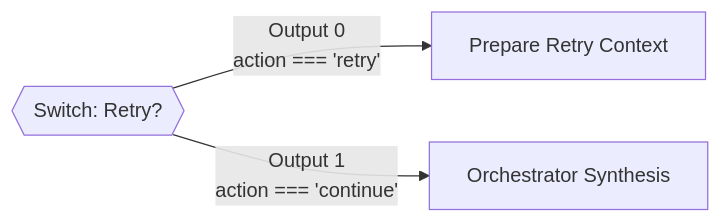
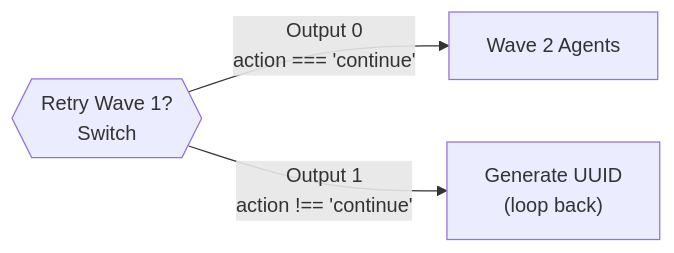
Diagram 11 of 17 in WORKFLOW-DIAGRAM.md (damianstetsonair/sales-n8n-ia), drawn with Mermaid before and after one commit. The commit also changed other lines of this file and 8 other files, not shown here.

Commit message:
update flows based in parallel workflow

````diff
--- a/WORKFLOW-DIAGRAM.md
+++ b/WORKFLOW-DIAGRAM.md
@@ -711,7 +712,7 @@
 ```mermaid
 flowchart LR
-    SW{{"Switch: Retry?"}}
+    SW{{"Retry Wave 1?<br/>Switch"}}
 
-    SW -->|"Output 0<br/>action === 'retry'"| RETRY["Prepare Retry Context"]
-    SW -->|"Output 1<br/>action === 'continue'"| SYNTH["Orchestrator Synthesis"]
+    SW -->|"Output 0<br/>action === 'continue'"| WAVE2["Wave 2 Agents"]
+    SW -->|"Output 1<br/>action !== 'continue'"| LOOP["Generate UUID<br/>(loop back)"]
 ```
````
